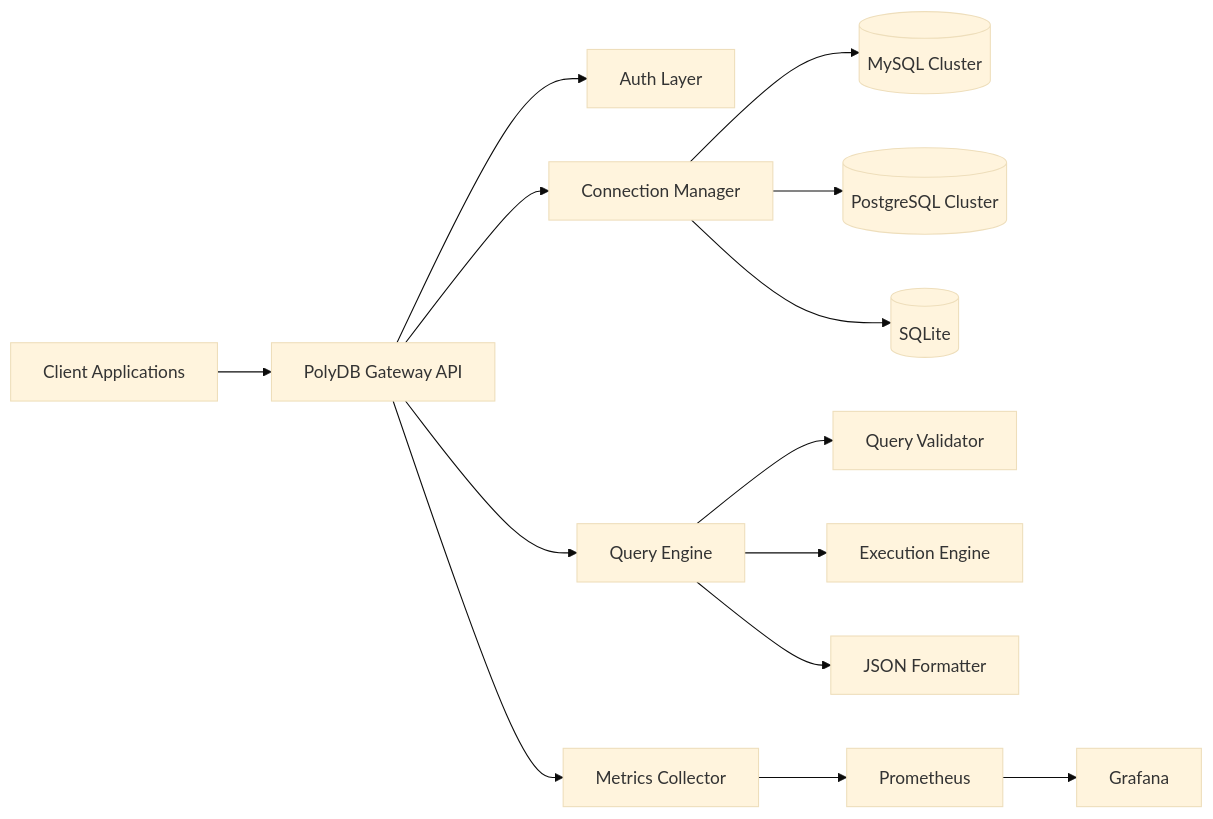
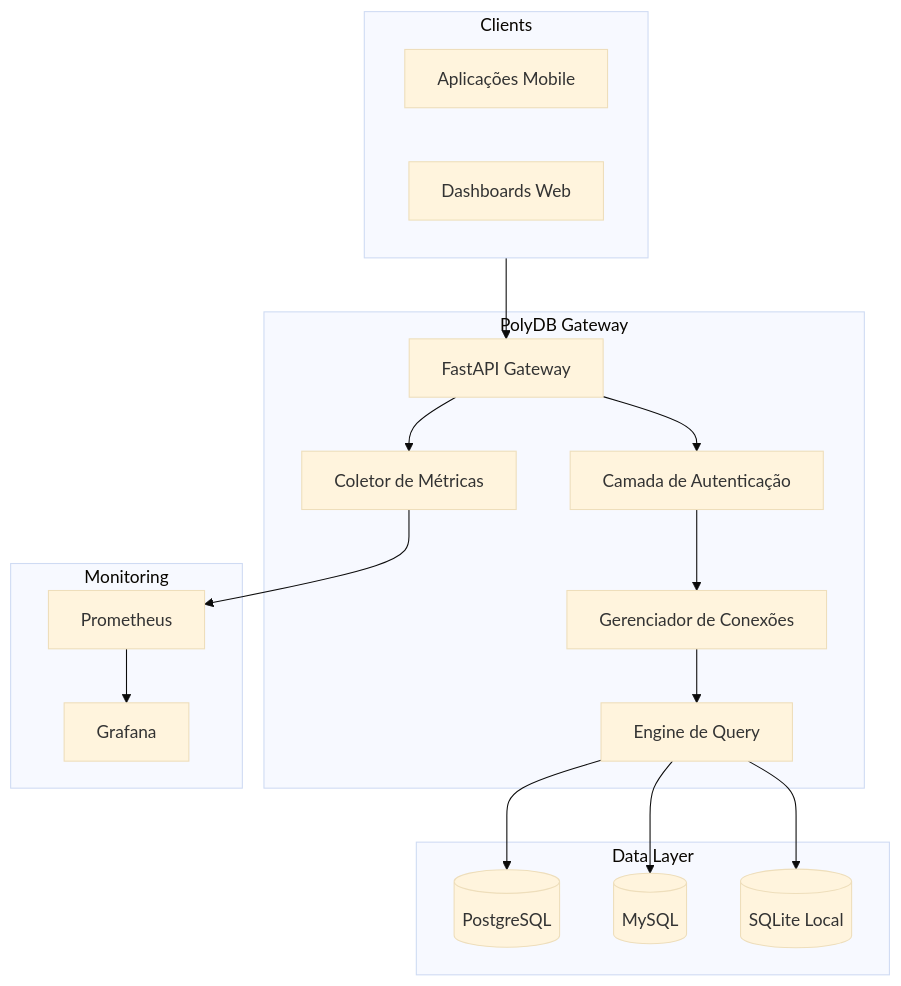
Before and after one commit to Rilen/PolyDB-Gateway: the diagram in README.md, drawn with Mermaid (base theme). The commit also changed other lines of this file and 2 other files, not shown here.

Commit message:
feat: Implement initial PolyDB Gateway API with SQLite query support and a database seeding script.

````diff
--- a/README.md
+++ b/README.md
@@ -20,22 +28,37 @@
 ```mermaid
-flowchart LR
+flowchart TD
+    subgraph Clients
+        App1[Aplicações Mobile]
+        App2[Dashboards Web]
+    end
 
-A[Client Applications] --> B[PolyDB Gateway API]
+    subgraph "PolyDB Gateway"
+        API[FastAPI Gateway]
+        Auth[Camada de Autenticação]
+        ConnMgr[Gerenciador de Conexões]
+        Engine[Engine de Query]
+        Metrics[Coletor de Métricas]
+    end
 
-B --> C[Auth Layer]
-B --> D[Connection Manager]
-B --> E[Query Engine]
+    subgraph "Data Layer"
+        PG[(PostgreSQL)]
+        MY[(MySQL)]
+        SQ[(SQLite Local)]
+    end
 
-D --> F[(MySQL Cluster)]
-D --> G[(PostgreSQL Cluster)]
-D --> H[(SQLite)]
+    subgraph Monitoring
+        PR[Prometheus]
+        GR[Grafana]
+    end
 
-E --> I[Query Validator]
-E --> J[Execution Engine]
-E --> K[JSON Formatter]
-
-B --> L[Metrics Collector]
-
-L --> M[Prometheus]
-M --> N[Grafana]
+    Clients --> API
+    API --> Auth
+    Auth --> ConnMgr
+    ConnMgr --> Engine
+    Engine --> PG
+    Engine --> MY
+    Engine --> SQ
+    API --> Metrics
+    Metrics --> PR
+    PR --> GR
 ```
````
